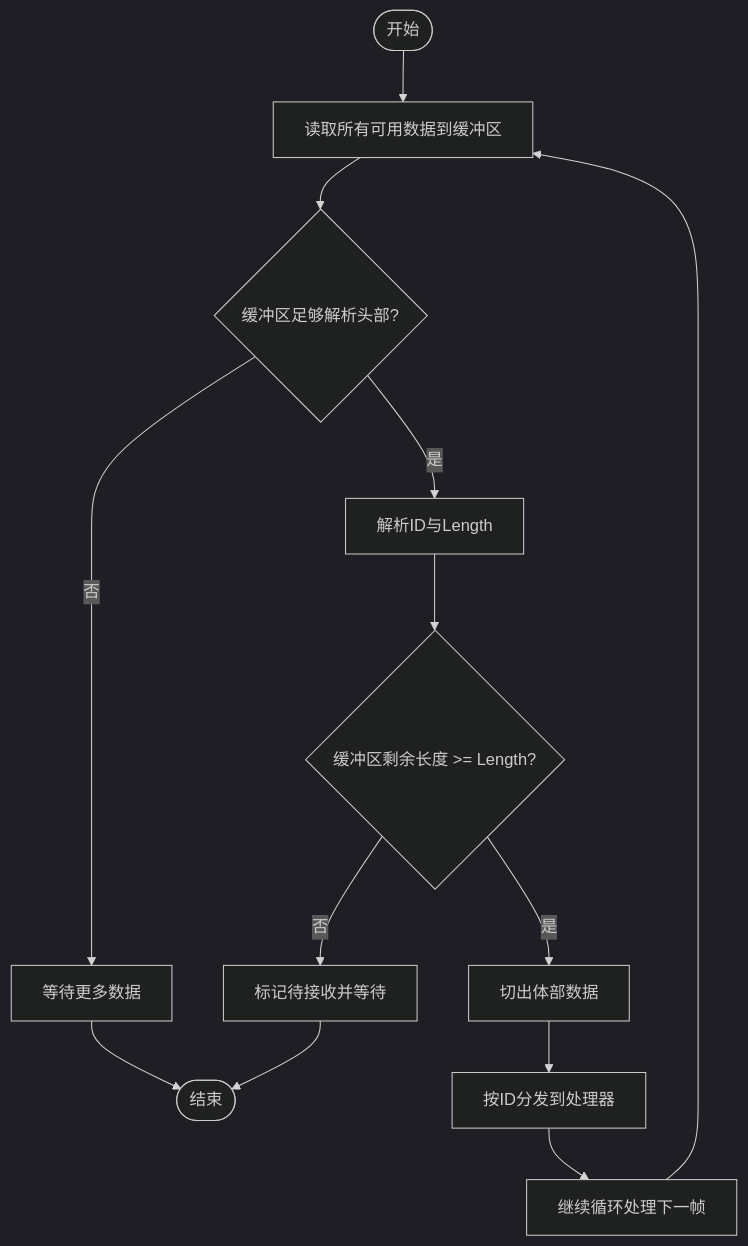
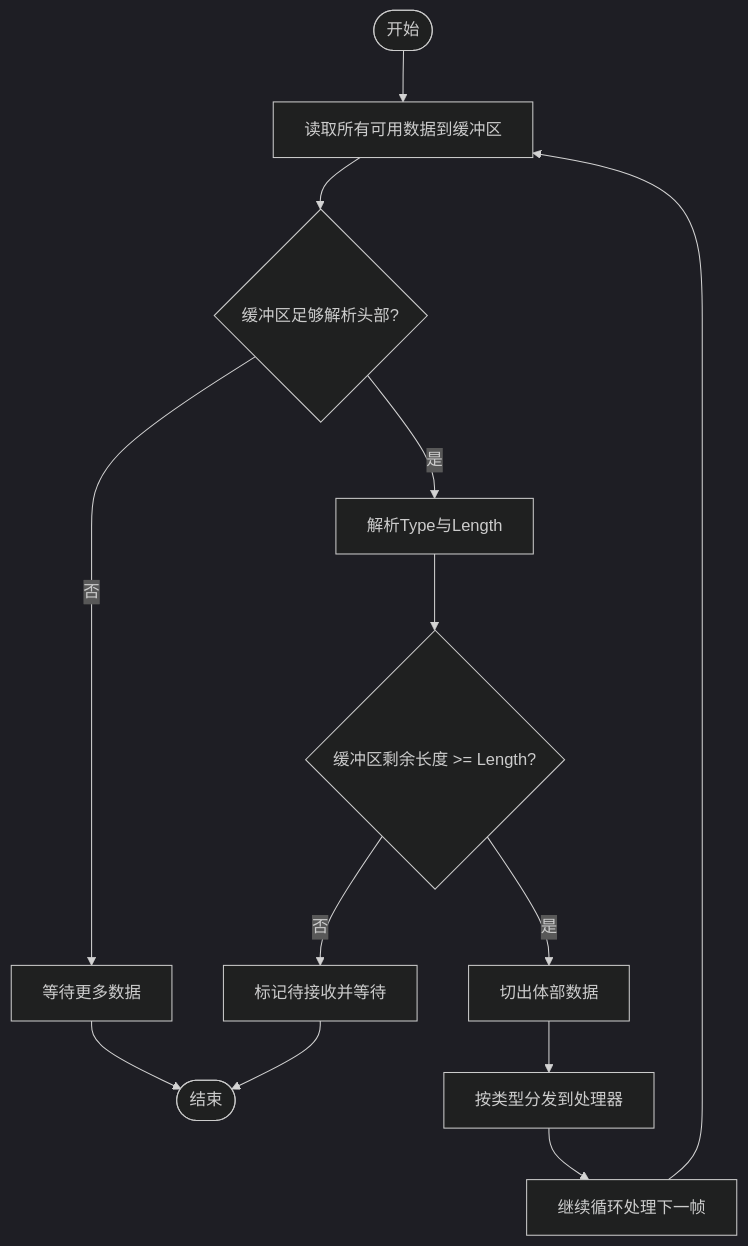
Before and after one commit to echo9923/mychatter: the third of 5 diagrams in .qoder/repowiki/zh/content/网络通信/TCP通信协议/TCP消息协议/TCP消息协议.md, drawn with Mermaid (dark theme). The commit also changed other lines of this file and 128 other files, not shown here.

````diff
--- a/.qoder/repowiki/zh/content/网络通信/TCP通信协议/TCP消息协议/TCP消息协议.md
+++ b/.qoder/repowiki/zh/content/网络通信/TCP通信协议/TCP消息协议/TCP消息协议.md
@@ -158,15 +158,15 @@
 ```mermaid
 flowchart TD
 Start(["开始"]) --> ReadAll["读取所有可用数据到缓冲区"]
 ReadAll --> CheckHead{"缓冲区足够解析头部?"}
 CheckHead -- 否 --> WaitMore["等待更多数据"]
-CheckHead -- 是 --> ParseHead["解析ID与Length"]
+CheckHead -- 是 --> ParseHead["解析Type与Length"]
 ParseHead --> CheckBody{"缓冲区剩余长度 >= Length?"}
 CheckBody -- 否 --> SetPending["标记待接收并等待"]
 CheckBody -- 是 --> ExtractBody["切出体部数据"]
-ExtractBody --> Dispatch["按ID分发到处理器"]
+ExtractBody --> Dispatch["按类型分发到处理器"]
 Dispatch --> Loop["继续循环处理下一帧"]
 WaitMore --> End(["结束"])
 SetPending --> End
 Loop --> ReadAll
 ```
````
